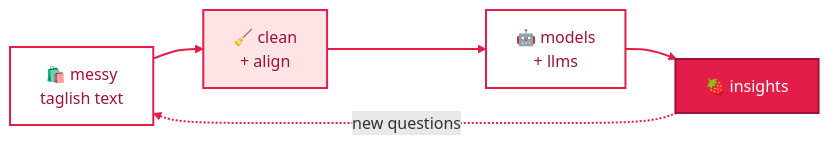
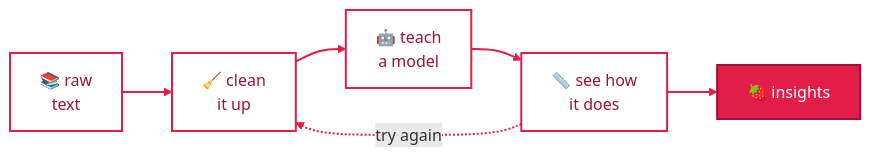
The second of 5 diagrams in README.md (mbchavez27/mbchavez27), drawn with Mermaid before and after one commit. The commit also changed other lines of this file, not shown here.

````diff
--- a/README.md
+++ b/README.md
@@ -41,16 +53,14 @@
 ```mermaid
 flowchart LR
-    A["🛍️ messy<br/>taglish text"] --> B["🧹 clean<br/>+ align"]
-    B --> C["🤖 models<br/>+ llms"]
-    C --> D["🍓 insights"]
-    D -.->|"new questions"| A
+    A["📚 raw<br/>text"] --> B["🧹 clean<br/>it up"]
+    B --> C["🤖 teach<br/>a model"]
+    C --> D["📏 see how<br/>it does"]
+    D --> E["🍓 insights"]
+    D -.->|"try again"| B
 
-    classDef white fill:#ffffff,stroke:#e11d48,stroke-width:2px,color:#9f1239
-    classDef red fill:#e11d48,stroke:#9f1239,stroke-width:2px,color:#ffffff
-    classDef blush fill:#ffe4e6,stroke:#e11d48,stroke-width:2px,color:#9f1239
-    class A white
-    class B blush
-    class C white
-    class D red
+    classDef outline fill:#ffffff,stroke:#e11d48,stroke-width:2px,color:#9f1239
+    classDef solid fill:#e11d48,stroke:#9f1239,stroke-width:2px,color:#ffffff
+    class A,B,C,D outline
+    class E solid
     linkStyle default stroke:#e11d48,stroke-width:2px
 ```
````
